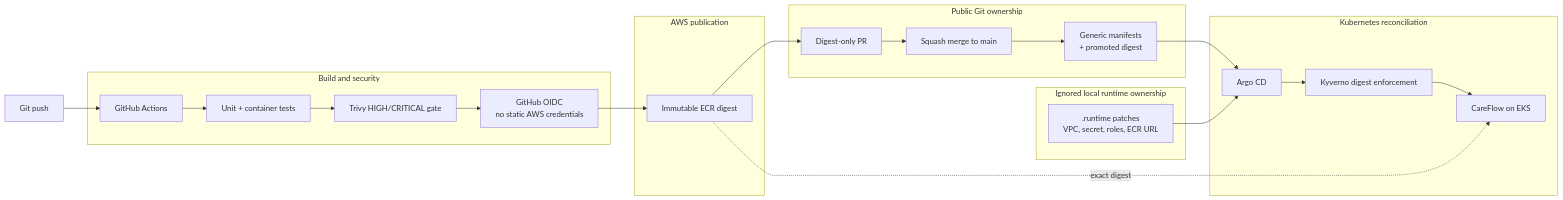
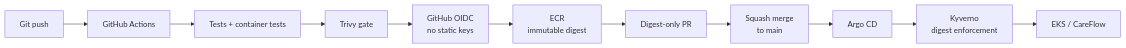
One commit to Shaharyarzd/enterprise-multiregion-cloud-platform changed the second of 3 diagrams in docs/architecture.md. Above: the diagram before and after it, drawn with Mermaid. The commit also changed other lines of this file and 3 other files, not shown here.

Commit message:
docs: simplify architecture diagrams

````diff
--- a/docs/architecture.md
+++ b/docs/architecture.md
@@ -93,32 +58,13 @@
 ```mermaid
 flowchart LR
     PUSH["Git push"] --> ACTIONS["GitHub Actions"]
-
-    subgraph CI["Build and security"]
-        ACTIONS --> TESTS["Unit + container tests"]
-        TESTS --> TRIVY["Trivy HIGH/CRITICAL gate"]
-        TRIVY --> OIDC["GitHub OIDC<br/>no static AWS credentials"]
-    end
-
-    subgraph AWS["AWS publication"]
-        OIDC --> ECR["Immutable ECR digest"]
-    end
-
-    subgraph GIT["Public Git ownership"]
-        ECR --> PR["Digest-only PR"]
-        PR --> MERGE["Squash merge to main"]
-        MERGE --> DESIRED["Generic manifests<br/>+ promoted digest"]
-    end
-
-    subgraph RUNTIME["Ignored local runtime ownership"]
-        VALUES[".runtime patches<br/>VPC, secret, roles, ECR URL"]
-    end
-
-    subgraph CLUSTER["Kubernetes reconciliation"]
-        DESIRED --> ARGO["Argo CD"]
-        VALUES --> ARGO
-        ARGO --> KYV["Kyverno digest enforcement"]
-        KYV --> CARE["CareFlow on EKS"]
-        ECR -. "exact digest" .-> CARE
-    end
+    ACTIONS --> TESTS["Tests + container tests"]
+    TESTS --> TRIVY["Trivy gate"]
+    TRIVY --> OIDC["GitHub OIDC<br/>no static keys"]
+    OIDC --> ECR["ECR<br/>immutable digest"]
+    ECR --> PR["Digest-only PR"]
+    PR --> MAIN["Squash merge<br/>to main"]
+    MAIN --> ARGO["Argo CD"]
+    ARGO --> KYVERNO["Kyverno<br/>digest enforcement"]
+    KYVERNO --> CARE["EKS / CareFlow"]
 ```
````
